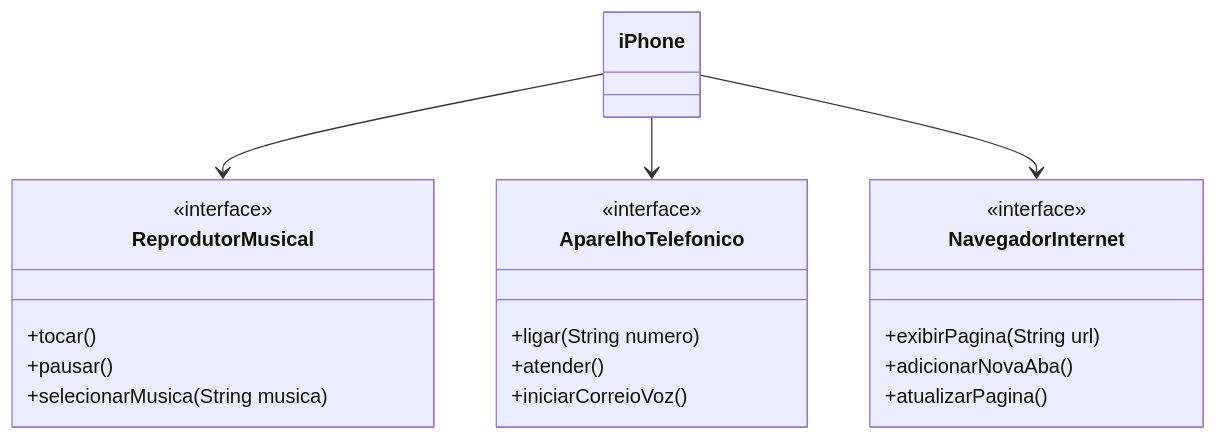
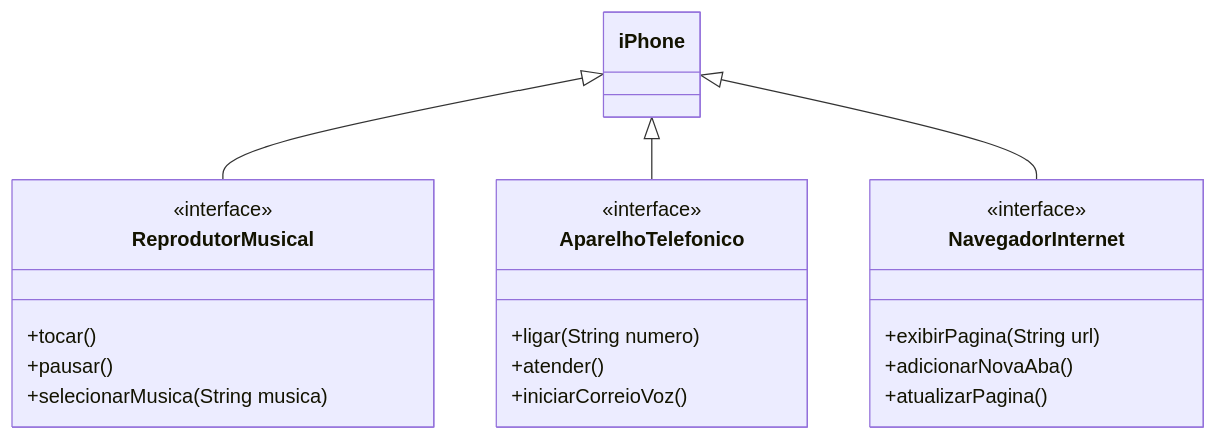
One commit to Lutava2245/Projeto-iPhone changed the diagram in README.md. Above: the diagram before and after it, drawn with Mermaid. The commit also changed other lines of this file and 4 other files, not shown here.

````diff
--- a/README.md
+++ b/README.md
@@ -5,26 +10,30 @@
 ```mermaid
 classDiagram
     class iPhone {
     }
+
     class ReprodutorMusical {
     <<interface>>
         +tocar()
         +pausar()
         +selecionarMusica(String musica)
     }
+
     class AparelhoTelefonico {
     <<interface>>
         +ligar(String numero)
         +atender()
         +iniciarCorreioVoz()
     }
+
     class NavegadorInternet {
     <<interface>>
         +exibirPagina(String url)
         +adicionarNovaAba()
         +atualizarPagina()
     }
-    iPhone --> ReprodutorMusical
-    iPhone --> AparelhoTelefonico
-    iPhone --> NavegadorInternet
+
+    iPhone <|-- ReprodutorMusical
+    iPhone <|-- AparelhoTelefonico
+    iPhone <|-- NavegadorInternet
 ```
````
